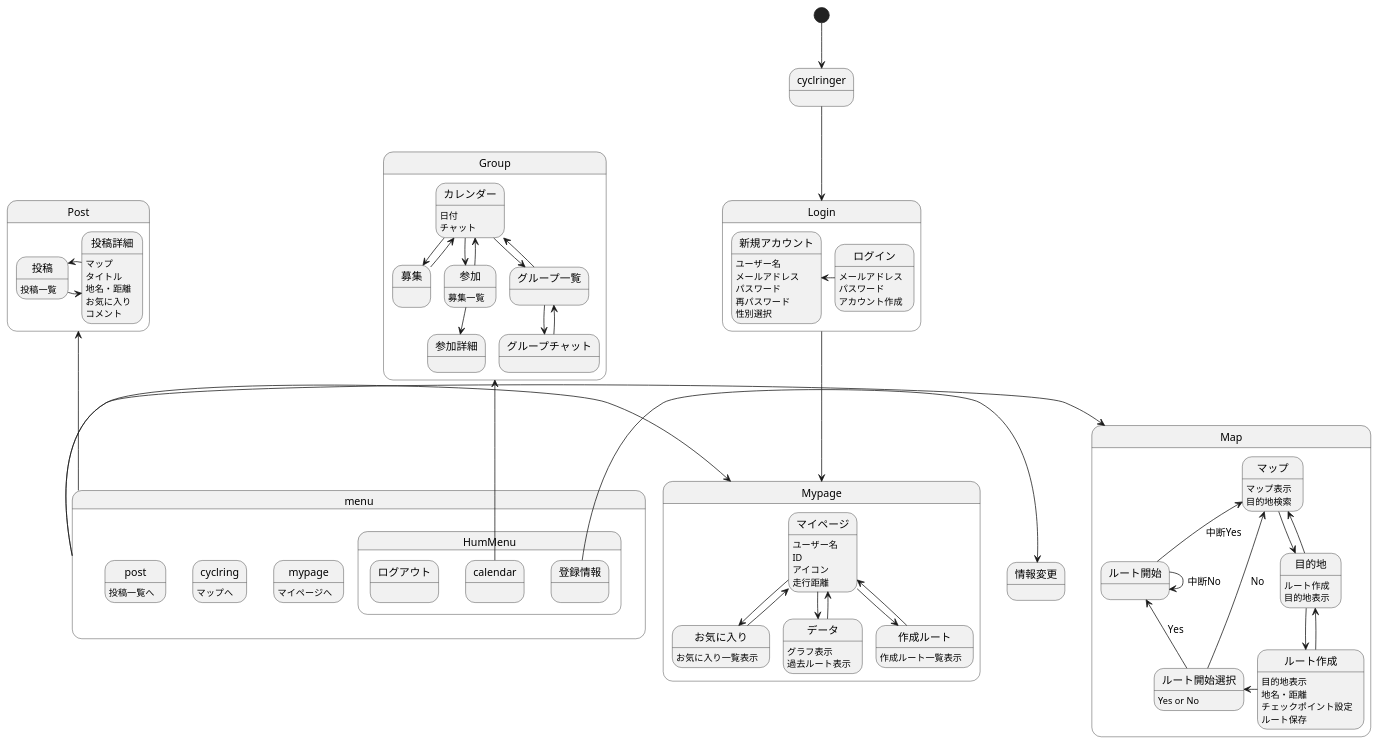
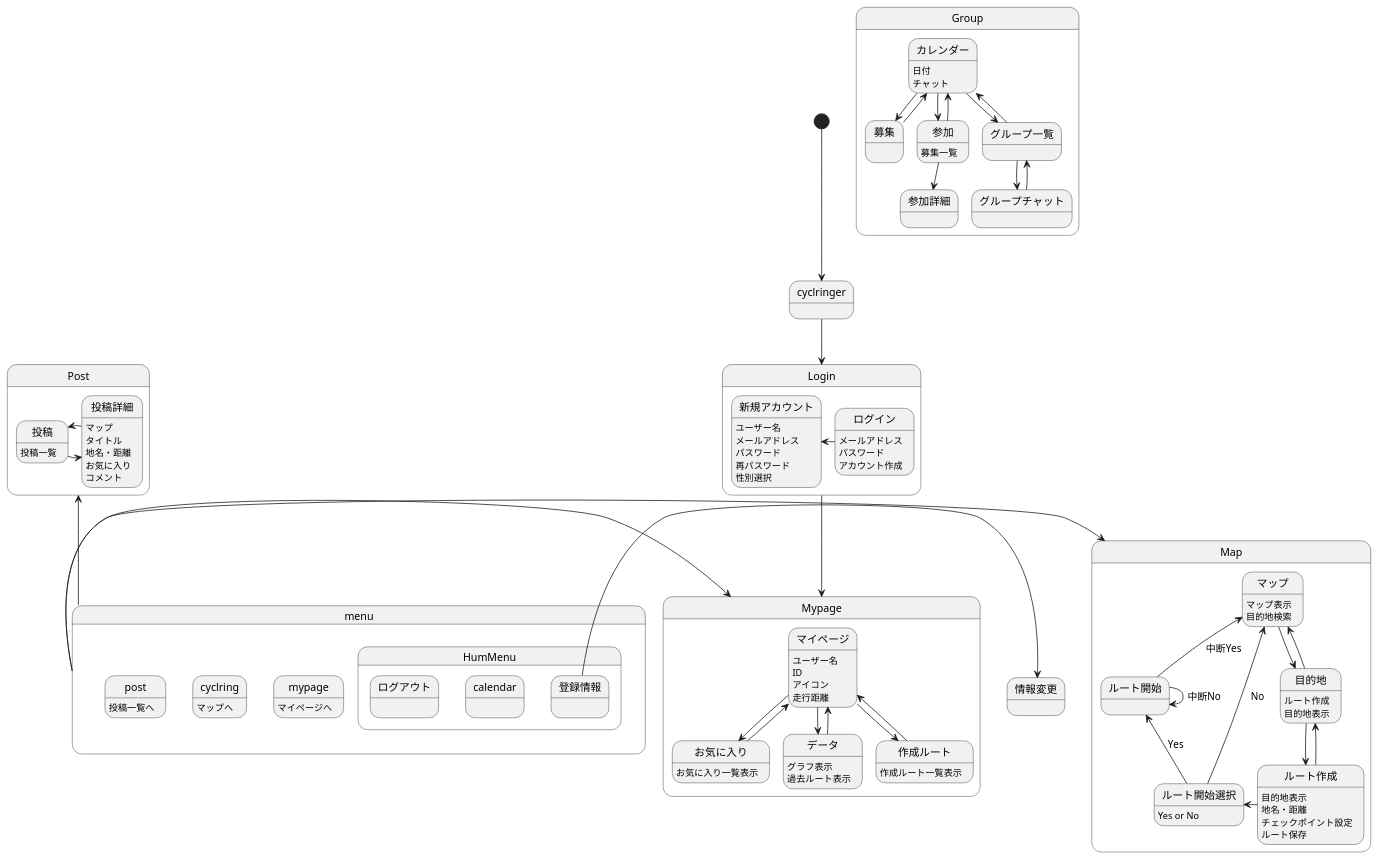
One commit to AsoSD3A3/CyclingSystem changed the diagram in 画面遷移図/gm.md. Above: the diagram before and after it, drawn with PlantUML.

```diff
--- a/画面遷移図/gm.md
+++ b/画面遷移図/gm.md
@@ -16,7 +16,7 @@
 }
 
 登録情報-right->情報変更
-calendar-up->Group
+
 
 
 state Group{
```
